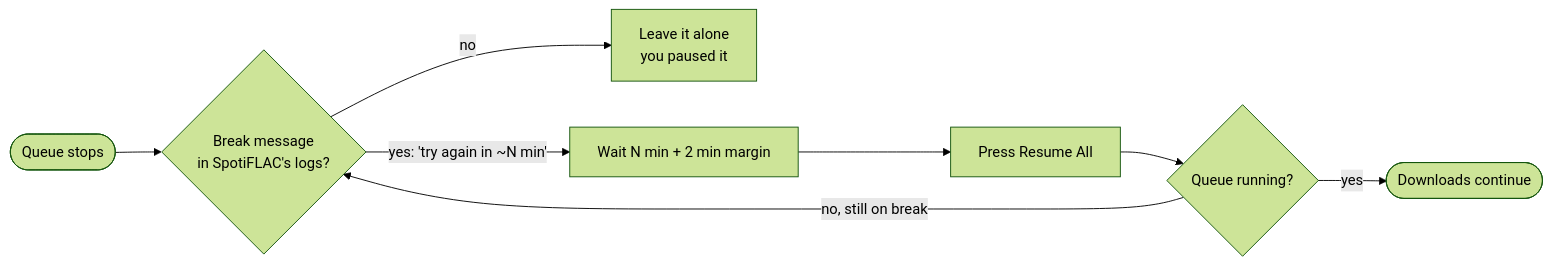
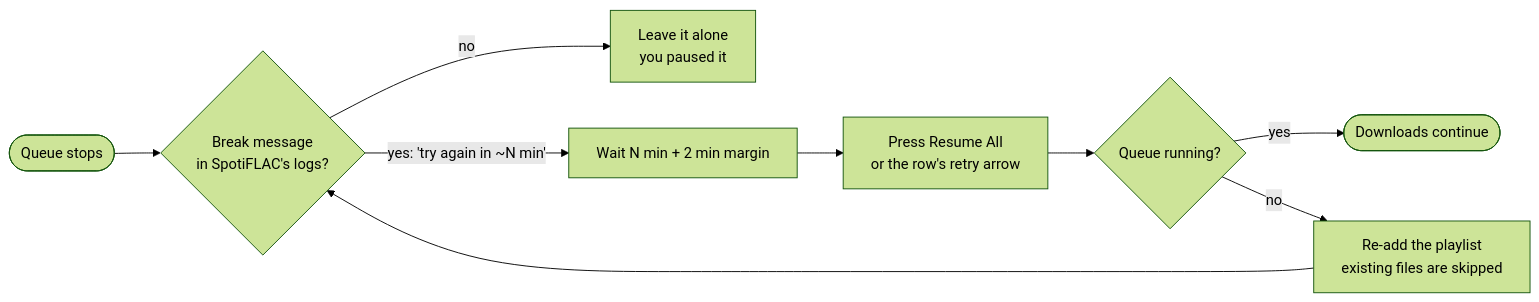
One commit to Vishnu-DRX/spotiflac-autoresume changed the diagram in README.md. Above: the diagram before and after it, drawn with Mermaid (forest theme). The commit also changed other lines of this file and 3 other files, not shown here.

````diff
--- a/README.md
+++ b/README.md
@@ -34,10 +34,11 @@
 ```mermaid
 flowchart LR
     A([Queue stops]) --> B{Break message<br/>in SpotiFLAC's logs?}
     B -- no --> C[Leave it alone<br/>you paused it]
     B -- "yes: 'try again in ~N min'" --> D[Wait N min + 2 min margin]
-    D --> E[Press Resume All]
+    D --> E["Press Resume All<br/>or the row's retry arrow"]
     E --> F{Queue running?}
     F -- yes --> G([Downloads continue])
-    F -- "no, still on break" --> B
+    F -- "no" --> H[Re-add the playlist<br/>existing files are skipped]
+    H --> B
 ```
````
